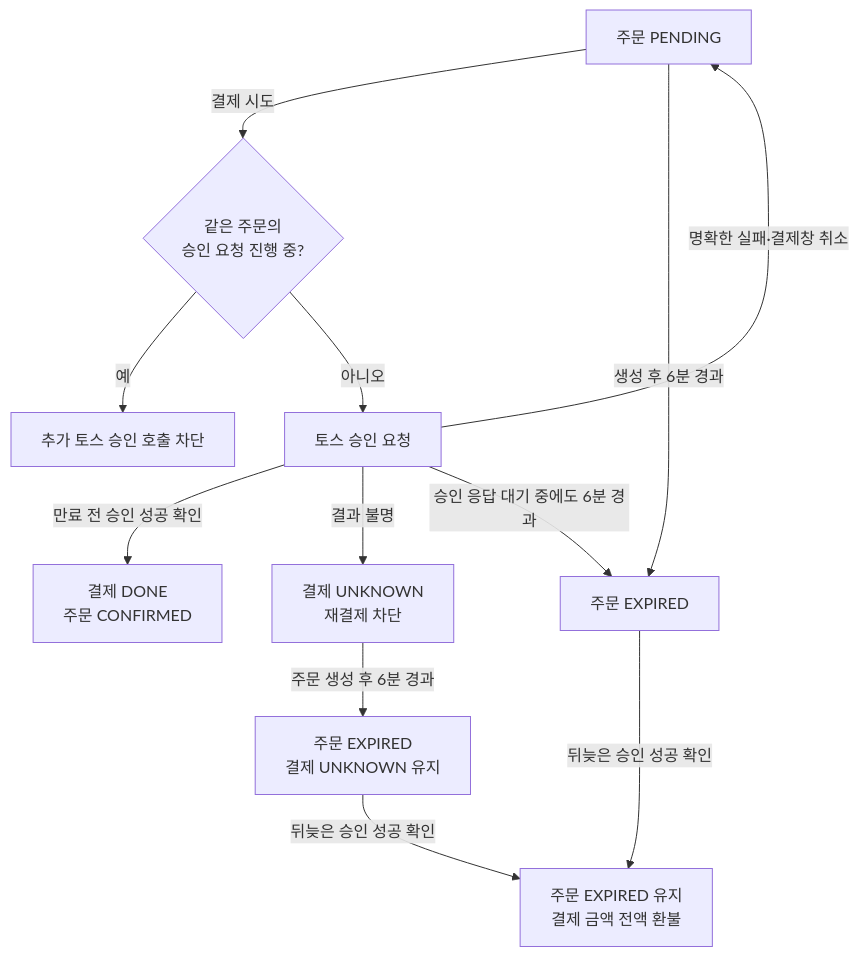
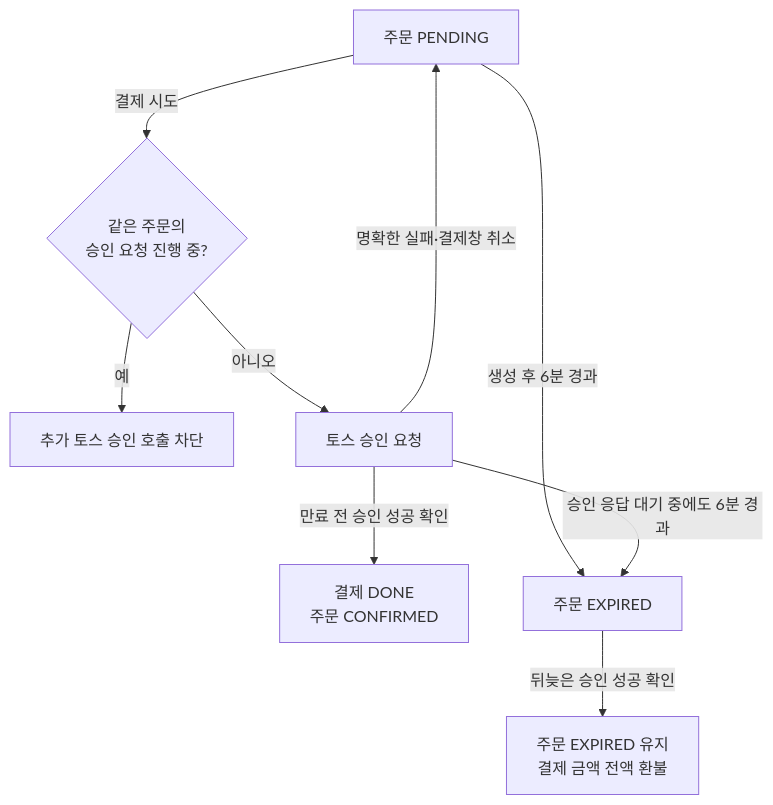
Before and after one commit to woowacourse-teams/2026-setty: the second of 3 diagrams in docs/policy/payment.md, drawn with Mermaid. The commit also changed other lines of this file and 2 other files, not shown here.

Commit message:
docs: mark UNKNOWN payment policy undecided

````diff
--- a/docs/policy/payment.md
+++ b/docs/policy/payment.md
@@ -31,14 +29,11 @@
 ```mermaid
 flowchart TB
     P["주문 PENDING"] -->|"결제 시도"| G{"같은 주문의<br/>승인 요청 진행 중?"}
     G -->|"예"| B["추가 토스 승인 호출 차단"]
     G -->|"아니오"| T["토스 승인 요청"]
     T -->|"만료 전 승인 성공 확인"| C["결제 DONE<br/>주문 CONFIRMED"]
     T -->|"명확한 실패·결제창 취소"| P
-    T -->|"결과 불명"| U["결제 UNKNOWN<br/>재결제 차단"]
     P -->|"생성 후 6분 경과"| E["주문 EXPIRED"]
     T -->|"승인 응답 대기 중에도 6분 경과"| E
-    U -->|"주문 생성 후 6분 경과"| UE["주문 EXPIRED<br/>결제 UNKNOWN 유지"]
     E -->|"뒤늦은 승인 성공 확인"| R["주문 EXPIRED 유지<br/>결제 금액 전액 환불"]
-    UE -->|"뒤늦은 승인 성공 확인"| R
 ```
````
